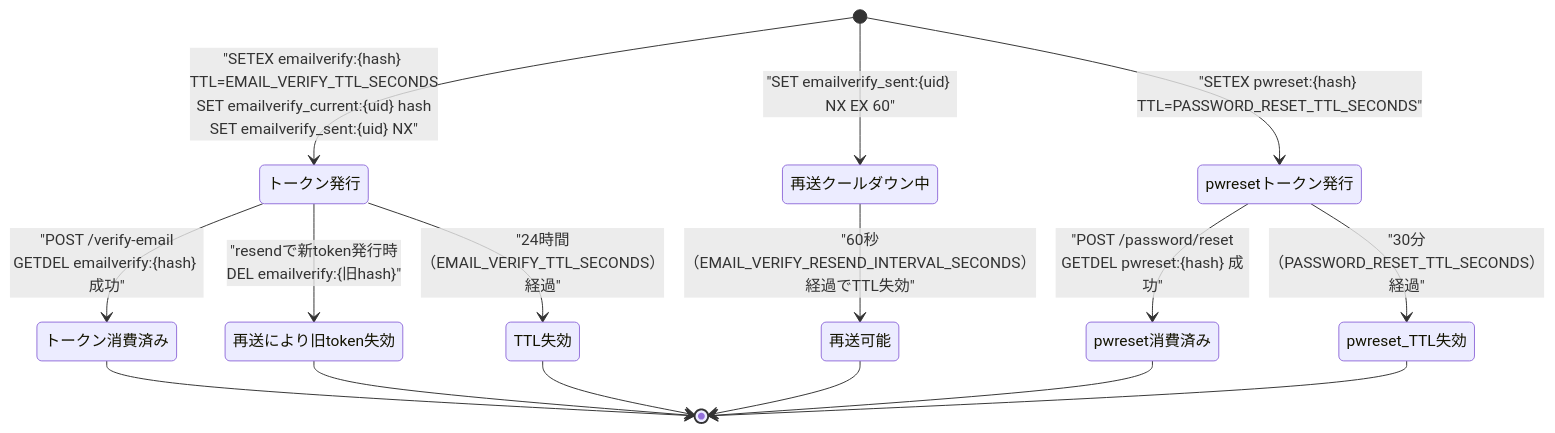
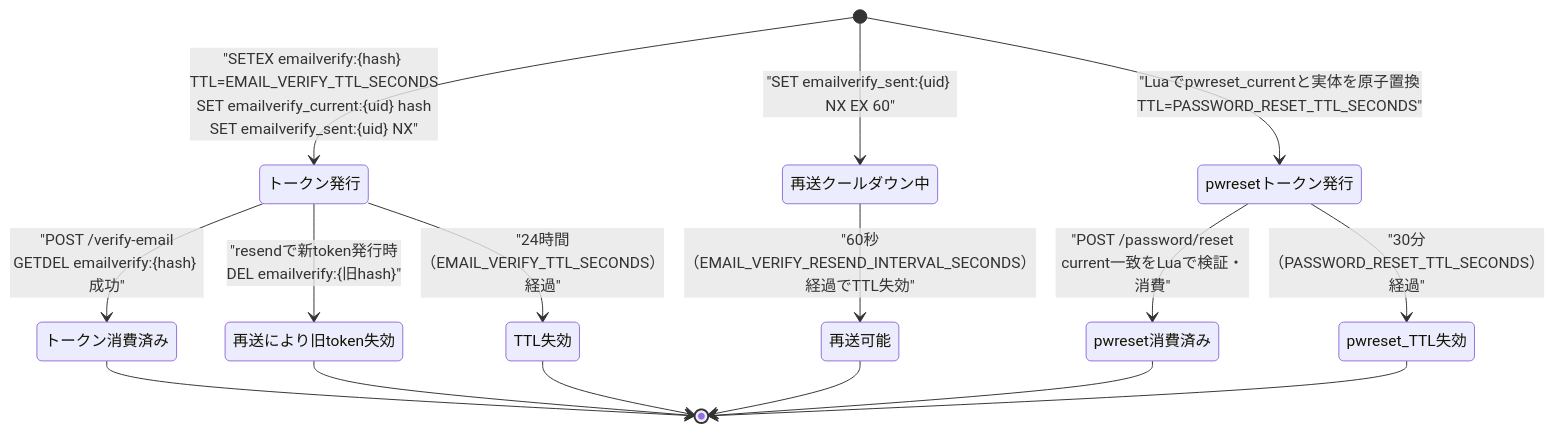
One commit to oikawa-d/task_management changed the fifth of 6 diagrams in detailed_design/auth/06_token_mail.md. Above: the diagram before and after it, drawn with Mermaid. The commit also changed other lines of this file and 41 other files, not shown here.

````diff
--- a/detailed_design/auth/06_token_mail.md
+++ b/detailed_design/auth/06_token_mail.md
@@ -195,20 +195,20 @@
 ```mermaid
 stateDiagram-v2
     [*] --> トークン発行: "SETEX emailverify:{hash} TTL=EMAIL_VERIFY_TTL_SECONDS<br/>SET emailverify_current:{uid} hash<br/>SET emailverify_sent:{uid} NX"
     トークン発行 --> トークン消費済み: "POST /verify-email<br/>GETDEL emailverify:{hash} 成功"
     トークン発行 --> 再送により旧token失効: "resendで新token発行時<br/>DEL emailverify:{旧hash}"
     トークン発行 --> TTL失効: "24時間（EMAIL_VERIFY_TTL_SECONDS）経過"
     トークン消費済み --> [*]
     再送により旧token失効 --> [*]
     TTL失効 --> [*]
 
     [*] --> 再送クールダウン中: "SET emailverify_sent:{uid} NX EX 60"
     再送クールダウン中 --> 再送可能: "60秒（EMAIL_VERIFY_RESEND_INTERVAL_SECONDS）経過でTTL失効"
     再送可能 --> [*]
 
-    [*] --> pwresetトークン発行: "SETEX pwreset:{hash} TTL=PASSWORD_RESET_TTL_SECONDS"
-    pwresetトークン発行 --> pwreset消費済み: "POST /password/reset<br/>GETDEL pwreset:{hash} 成功"
+    [*] --> pwresetトークン発行: "Luaでpwreset_currentと実体を原子置換<br/>TTL=PASSWORD_RESET_TTL_SECONDS"
+    pwresetトークン発行 --> pwreset消費済み: "POST /password/reset<br/>current一致をLuaで検証・消費"
     pwresetトークン発行 --> pwreset_TTL失効: "30分（PASSWORD_RESET_TTL_SECONDS）経過"
     pwreset消費済み --> [*]
     pwreset_TTL失効 --> [*]
 ```
````
